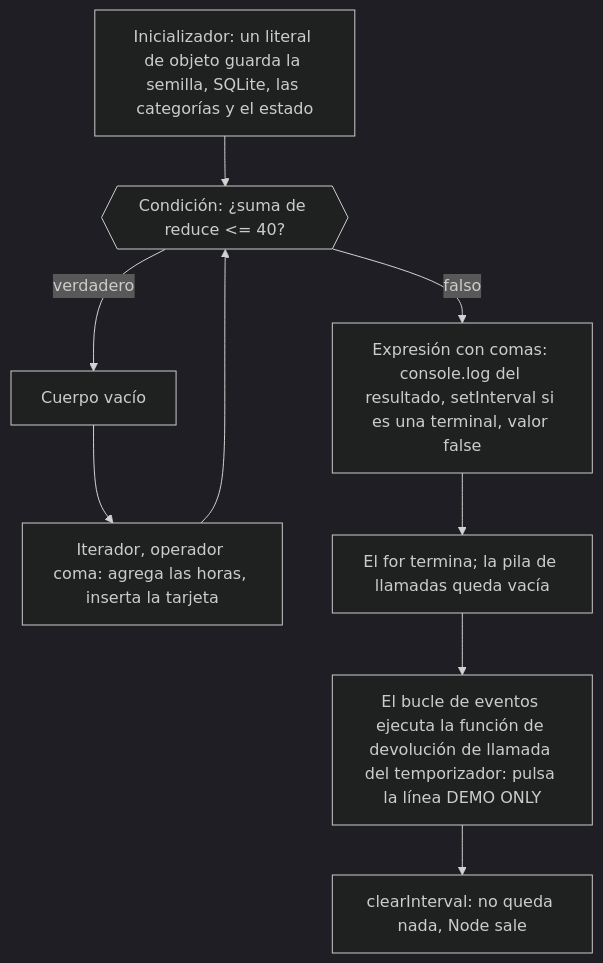
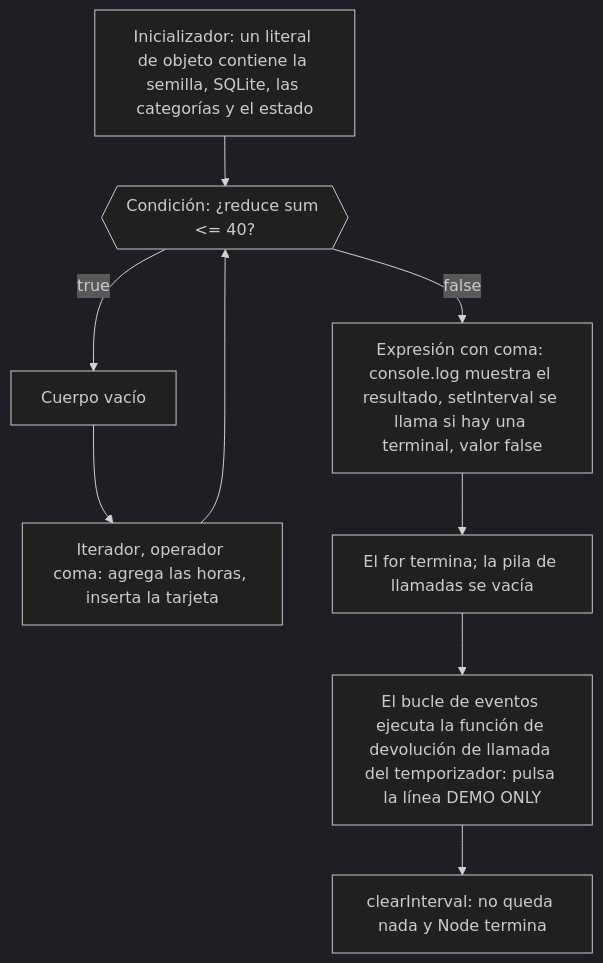
Before and after one commit to dullroar/aprende-a-programar-como-un-bicho-raro: the first of 3 diagrams in lessons/guias-de-estudio/lenguajes/javascript.md, drawn with Mermaid (dark theme). The commit also changed other lines of this file and 22 other files, not shown here.

First line of the commit message:
loop(P5-003): build six Spanish publications; sync_guide_diagrams supports #block-N

````diff
--- a/lessons/guias-de-estudio/lenguajes/javascript.md
+++ b/lessons/guias-de-estudio/lenguajes/javascript.md
@@ -64,13 +64,13 @@
 ```mermaid
 flowchart TD
     accTitle: javascript: una sentencia for en Node cuya condición imprime el resultado y el bucle de eventos mantiene vivo el pulso
-    accDescr: Un diagrama de flujo. El inicializador crea un literal de objeto con el generador de semillas, la base de datos SQLite y las categorías. La condición suma las horas con reduce y es verdadera mientras el total sea 40 o menos. Entonces se ejecuta el cuerpo vacío y el iterador agrega horas aleatorias e inserta una tarjeta con el operador coma. Cuando la condición es falsa, una expresión con comas imprime el resultado e inicia un temporizador setInterval si la salida es una terminal. La expresión produce false, así que el for termina. Node todavía no sale, porque el temporizador sigue registrado. El bucle de eventos ejecuta la función de devolución de llamada del temporizador. Esa función hace pulsar la línea DEMO ONLY y borra el temporizador, así que Node sale.
-    A["Inicializador: un literal de objeto guarda la semilla, SQLite, las categorías y el estado"] --> B{{"Condición: ¿suma de reduce <= 40?"}}
-    B -->|verdadero| C["Cuerpo vacío"]
+    accDescr: Un diagrama de flujo. El inicializador construye un literal de objeto con el generador de semilla, la base de datos SQLite y las categorías. La condición suma las horas con reduce y es verdadera mientras el total no pase de 40. Luego se ejecuta el cuerpo vacío y el iterador agrega horas aleatorias e inserta una tarjeta con el operador coma. Cuando la condición es falsa, una expresión con coma imprime el resultado, inicia un temporizador setInterval si la salida es una terminal y produce false. Así termina el for. Node todavía no termina, porque el temporizador sigue registrado. El bucle de eventos ejecuta la función de devolución de llamada del temporizador, que hace pulsar la línea DEMO ONLY y después borra el temporizador, así que Node termina.
+    A["Inicializador: un literal de objeto contiene la semilla, SQLite, las categorías y el estado"] --> B{{"Condición: ¿reduce sum <= 40?"}}
+    B -->|true| C["Cuerpo vacío"]
     C --> D["Iterador, operador coma: agrega las horas, inserta la tarjeta"]
     D --> B
-    B -->|falso| E["Expresión con comas: console.log del resultado, setInterval si es una terminal, valor false"]
-    E --> F["El for termina; la pila de llamadas queda vacía"]
+    B -->|false| E["Expresión con coma: console.log muestra el resultado, setInterval se llama si hay una terminal, valor false"]
+    E --> F["El for termina; la pila de llamadas se vacía"]
     F --> G["El bucle de eventos ejecuta la función de devolución de llamada del temporizador: pulsa la línea DEMO ONLY"]
-    G --> H["clearInterval: no queda nada, Node sale"]
+    G --> H["clearInterval: no queda nada y Node termina"]
 ```
````
